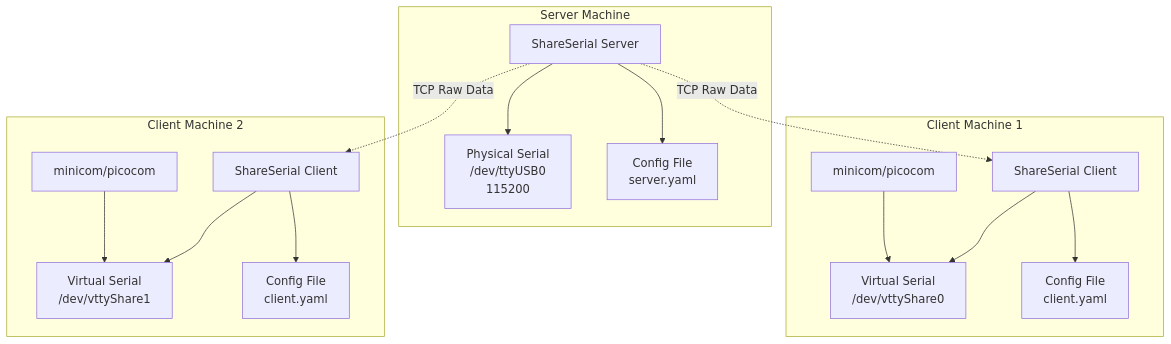
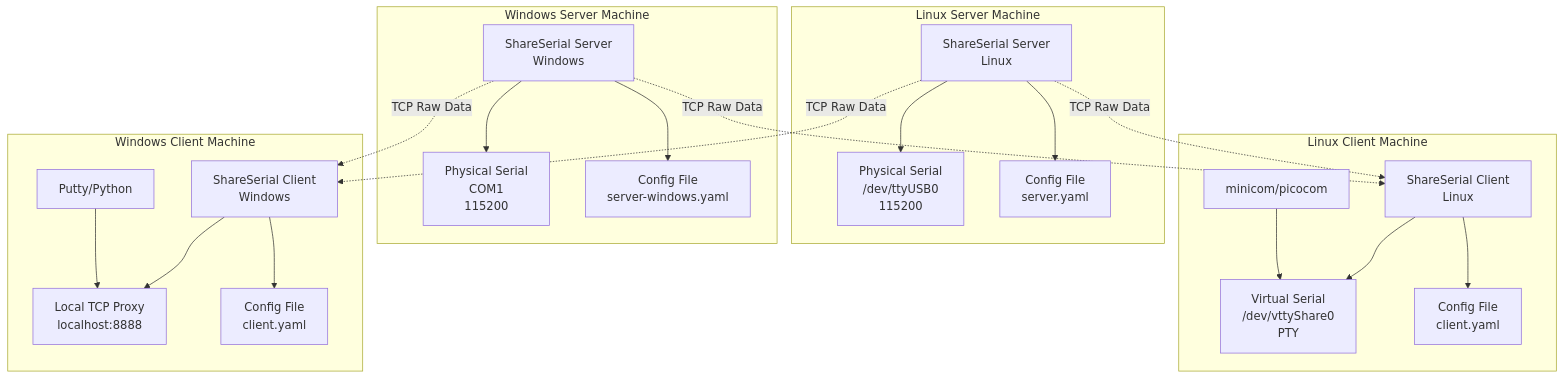
One commit to zhuang0393/ShareSerial changed the first of 8 diagrams in .claude/specs/ARCHITECTURE.md. Above: the diagram before and after it, drawn with Mermaid. The commit also changed other lines of this file and 49 other files, not shown here.

````diff
--- a/.claude/specs/ARCHITECTURE.md
+++ b/.claude/specs/ARCHITECTURE.md
@@ -12,36 +12,47 @@
 ```mermaid
 graph TB
-    subgraph "Server Machine"
-        SS[ShareSerial Server]
-        PS[Physical Serial<br>/dev/ttyUSB0<br>115200]
-        CFG[Config File<br>server.yaml]
+    subgraph "Linux Server Machine"
+        SS_L[ShareSerial Server<br>Linux]
+        PS_L[Physical Serial<br>/dev/ttyUSB0<br>115200]
+        CFG_L[Config File<br>server.yaml]
         
-        SS --> PS
-        SS --> CFG
+        SS_L --> PS_L
+        SS_L --> CFG_L
     end
     
-    subgraph "Client Machine 1"
-        SC1[ShareSerial Client]
-        VS1[Virtual Serial<br>/dev/vttyShare0]
-        CFG1[Config File<br>client.yaml]
-        TOOL1[minicom/picocom]
+    subgraph "Windows Server Machine"
+        SS_W[ShareSerial Server<br>Windows]
+        PS_W[Physical Serial<br>COM1<br>115200]
+        CFG_W[Config File<br>server-windows.yaml]
         
-        SC1 --> VS1
-        SC1 --> CFG1
-        TOOL1 --> VS1
+        SS_W --> PS_W
+        SS_W --> CFG_W
     end
     
-    subgraph "Client Machine 2"
-        SC2[ShareSerial Client]
-        VS2[Virtual Serial<br>/dev/vttyShare1]
-        CFG2[Config File<br>client.yaml]
-        TOOL2[minicom/picocom]
+    subgraph "Linux Client Machine"
+        SC_L[ShareSerial Client<br>Linux]
+        VS_L[Virtual Serial<br>/dev/vttyShare0<br>PTY]
+        CFG_CL[Config File<br>client.yaml]
+        TOOL_L[minicom/picocom]
         
-        SC2 --> VS2
-        SC2 --> CFG2
-        TOOL2 --> VS2
+        SC_L --> VS_L
+        SC_L --> CFG_CL
+        TOOL_L --> VS_L
     end
     
-    SS -.->|TCP Raw Data| SC1
-    SS -.->|TCP Raw Data| SC2
+    subgraph "Windows Client Machine"
+        SC_W[ShareSerial Client<br>Windows]
+        LP_W[Local TCP Proxy<br>localhost:8888]
+        CFG_CW[Config File<br>client.yaml]
+        TOOL_W[Putty/Python]
+        
+        SC_W --> LP_W
+        SC_W --> CFG_CW
+        TOOL_W --> LP_W
+    end
+    
+    SS_L -.->|TCP Raw Data| SC_L
+    SS_L -.->|TCP Raw Data| SC_W
+    SS_W -.->|TCP Raw Data| SC_L
+    SS_W -.->|TCP Raw Data| SC_W
 ```
````
